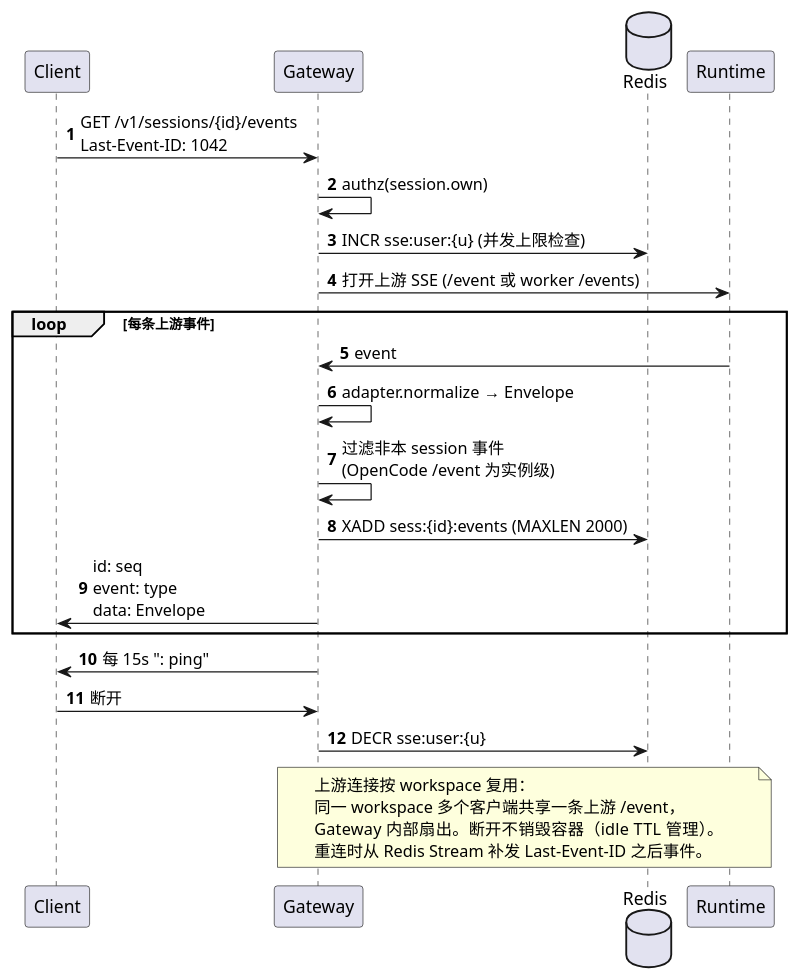
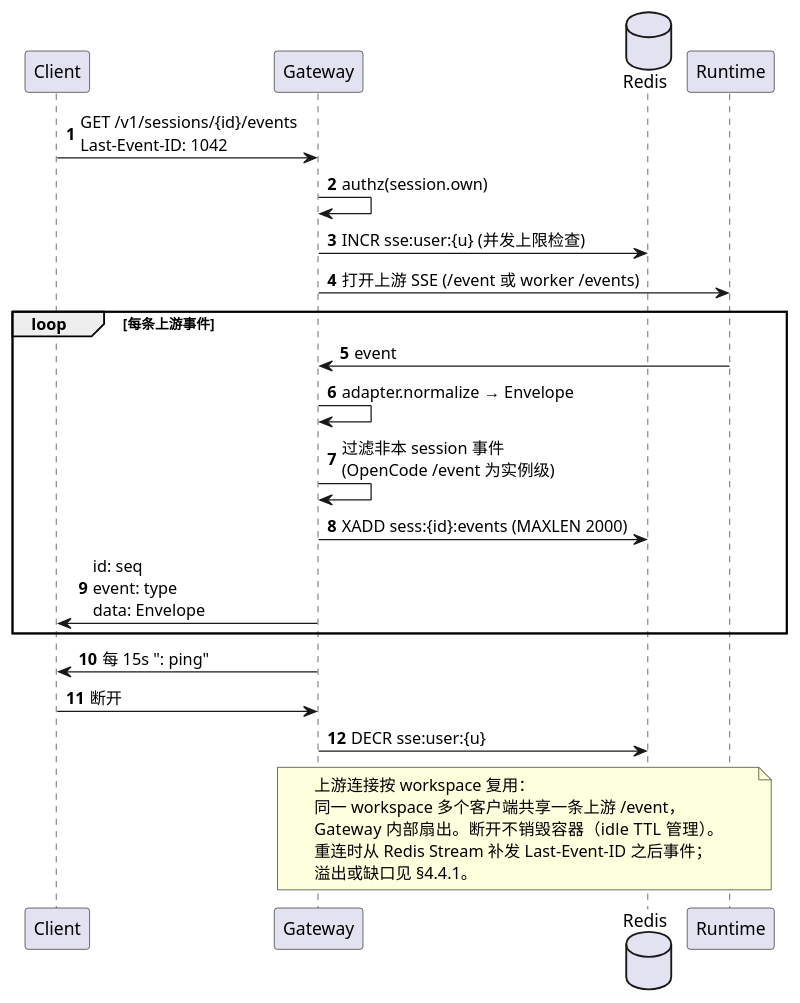
Before and after one commit to JackLuguibin/AgentHubEx: the third of 4 diagrams in docs/architecture/04-gateway-facade.md, drawn with PlantUML. The commit also changed other lines of this file and 19 other files, not shown here.

````diff
--- a/docs/architecture/04-gateway-facade.md
+++ b/docs/architecture/04-gateway-facade.md
@@ -90,30 +90,31 @@
 ```plantuml
 @startuml sse
 autonumber
 participant Client as C
 participant Gateway as G
 database Redis
 participant Runtime as R
 
 C -> G : GET /v1/sessions/{id}/events\nLast-Event-ID: 1042
 G -> G : authz(session.own)
 G -> Redis : INCR sse:user:{u} (并发上限检查)
 G -> R : 打开上游 SSE (/event 或 worker /events)
 loop 每条上游事件
   R -> G : event
   G -> G : adapter.normalize → Envelope
   G -> G : 过滤非本 session 事件\n(OpenCode /event 为实例级)
   G -> Redis : XADD sess:{id}:events (MAXLEN 2000)
   G -> C : id: seq\nevent: type\ndata: Envelope
 end
 G -> C : 每 15s ": ping"
 C -> G : 断开
 G -> Redis : DECR sse:user:{u}
 note over G,R
 上游连接按 workspace 复用：
 同一 workspace 多个客户端共享一条上游 /event，
 Gateway 内部扇出。断开不销毁容器（idle TTL 管理）。
-重连时从 Redis Stream 补发 Last-Event-ID 之后事件。
+重连时从 Redis Stream 补发 Last-Event-ID 之后事件；
+溢出或缺口见 §4.4.1。
 end note
 @enduml
 ```
````
